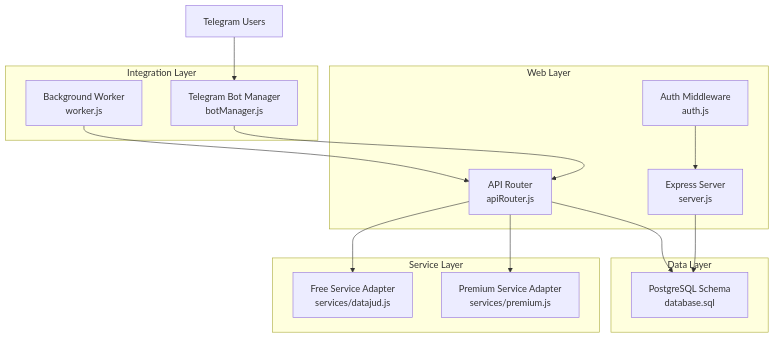
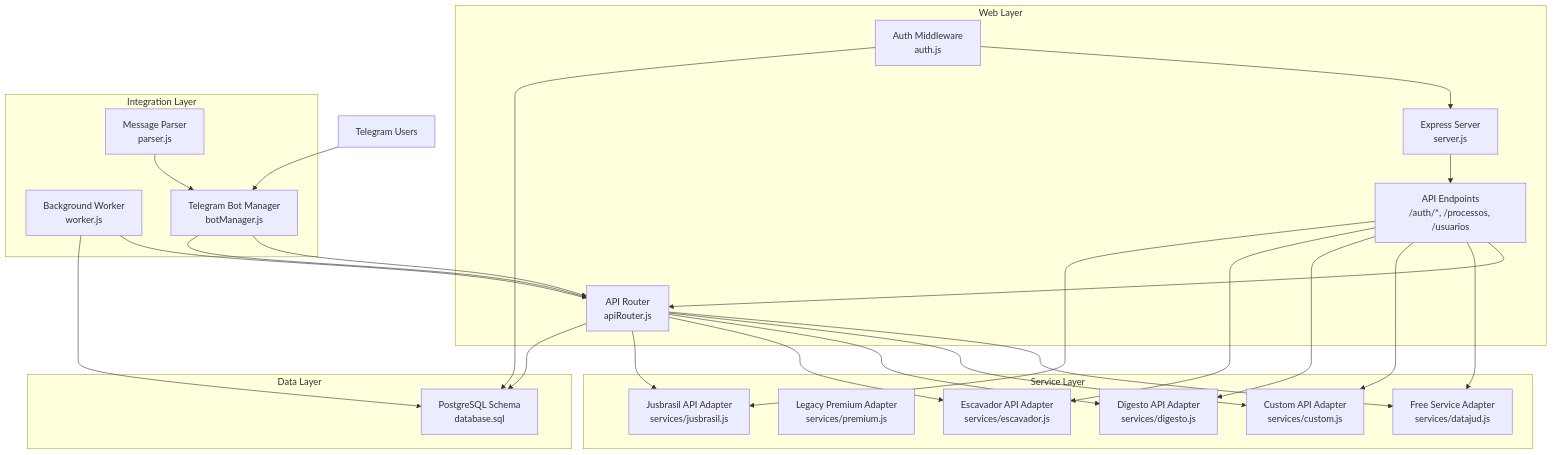
Before and after one commit to Alexandrexicara/bot-processos: the first of 13 diagrams in .qoder/repowiki/en/content/API Integration Layer/API Integration Layer.md, drawn with Mermaid. The commit also changed other lines of this file and 10 other files, not shown here.

````diff
--- a/.qoder/repowiki/en/content/API Integration Layer/API Integration Layer.md
+++ b/.qoder/repowiki/en/content/API Integration Layer/API Integration Layer.md
@@ -42,27 +50,46 @@
 ```mermaid
 graph TB
 subgraph "Web Layer"
 API["API Router<br/>apiRouter.js"]
 AUTH["Auth Middleware<br/>auth.js"]
 SERVER["Express Server<br/>server.js"]
+ENDPOINT["API Endpoints<br/>/auth/*, /processos, /usuarios"]
+ENDPOINT --> API
+AUTH --> SERVER
+SERVER --> ENDPOINT
 end
 subgraph "Service Layer"
 DATAJUD["Free Service Adapter<br/>services/datajud.js"]
-PREMIUM["Premium Service Adapter<br/>services/premium.js"]
+PREMIUM["Legacy Premium Adapter<br/>services/premium.js"]
+CUSTOM["Custom API Adapter<br/>services/custom.js"]
+DIGESTO["Digesto API Adapter<br/>services/digesto.js"]
+ESCAVADOR["Escavador API Adapter<br/>services/escavador.js"]
+JUSBRASIL["Jusbrasil API Adapter<br/>services/jusbrasil.js"]
 end
 subgraph "Integration Layer"
 WORKER["Background Worker<br/>worker.js"]
 BOT["Telegram Bot Manager<br/>botManager.js"]
+PARSER["Message Parser<br/>parser.js"]
+ENDPOINT --> DATAJUD
+ENDPOINT --> CUSTOM
+ENDPOINT --> DIGESTO
+ENDPOINT --> ESCAVADOR
+ENDPOINT --> JUSBRASIL
+API --> DATAJUD
+API --> CUSTOM
+API --> DIGESTO
+API --> ESCAVADOR
+API --> JUSBRASIL
+WORKER --> API
+BOT --> API
+PARSER --> BOT
 end
 subgraph "Data Layer"
 DB["PostgreSQL Schema<br/>database.sql"]
 end
 CLIENT["Telegram Users"] --> BOT
 BOT --> API
-API --> DATAJUD
-API --> PREMIUM
-WORKER --> API
 API --> DB
-AUTH --> SERVER
-SERVER --> DB
+AUTH --> DB
+WORKER --> DB
 ```
````
